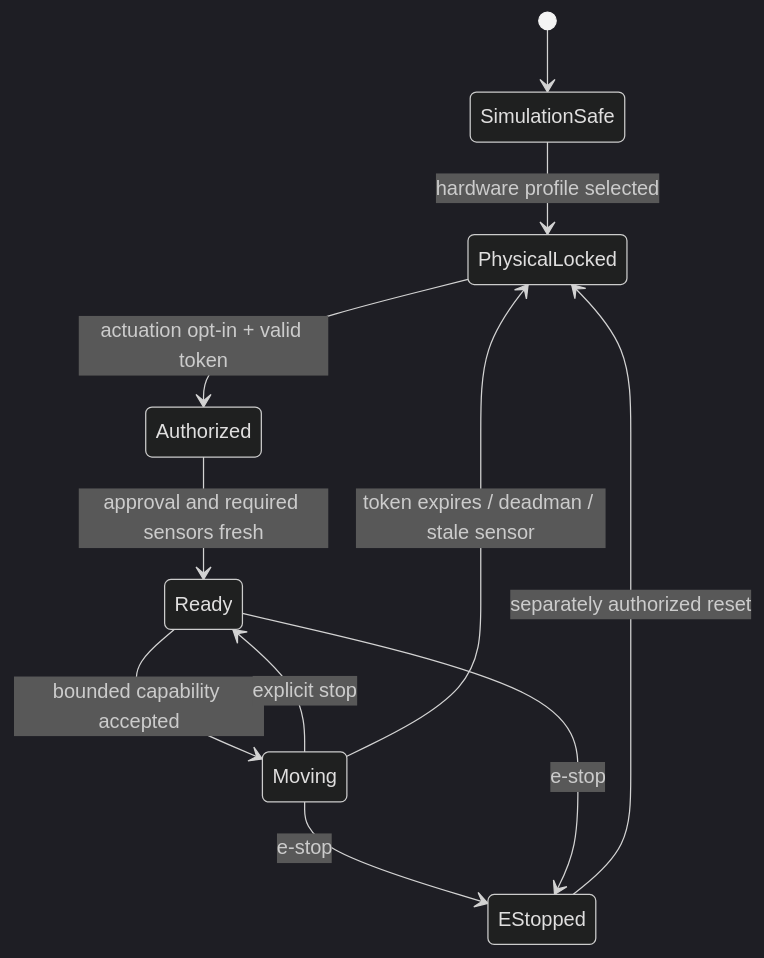
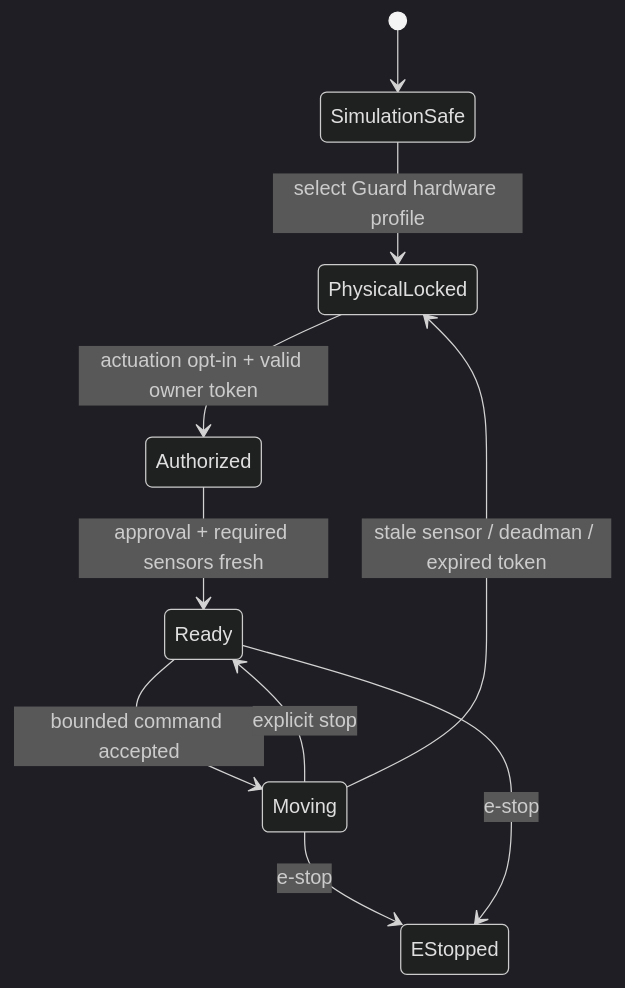
The third of 4 diagrams in README.md (specdog/leash), drawn with Mermaid (dark theme) before and after one commit. The commit also changed other lines of this file and 6 other files, not shown here.

````diff
--- a/README.md
+++ b/README.md
@@ -230,13 +179,12 @@
 ```mermaid
 stateDiagram-v2
   [*] --> SimulationSafe
-  SimulationSafe --> PhysicalLocked: hardware profile selected
-  PhysicalLocked --> Authorized: actuation opt-in + valid token
-  Authorized --> Ready: approval and required sensors fresh
-  Ready --> Moving: bounded capability accepted
+  SimulationSafe --> PhysicalLocked: select Guard hardware profile
+  PhysicalLocked --> Authorized: actuation opt-in + valid owner token
+  Authorized --> Ready: approval + required sensors fresh
+  Ready --> Moving: bounded command accepted
   Moving --> Ready: explicit stop
-  Moving --> PhysicalLocked: token expires / deadman / stale sensor
+  Moving --> PhysicalLocked: stale sensor / deadman / expired token
   Moving --> EStopped: e-stop
   Ready --> EStopped: e-stop
-  EStopped --> PhysicalLocked: separately authorized reset
 ```
````
